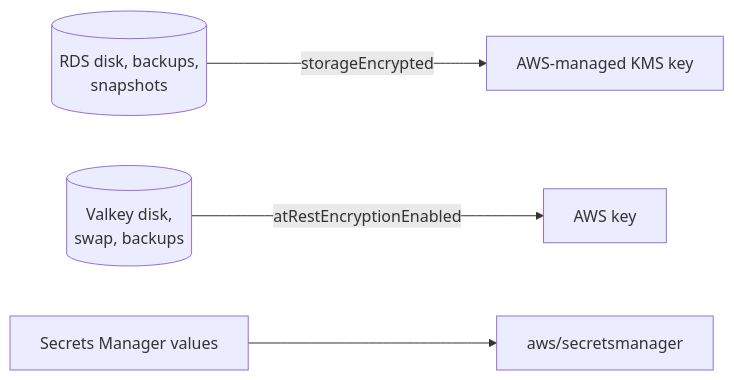
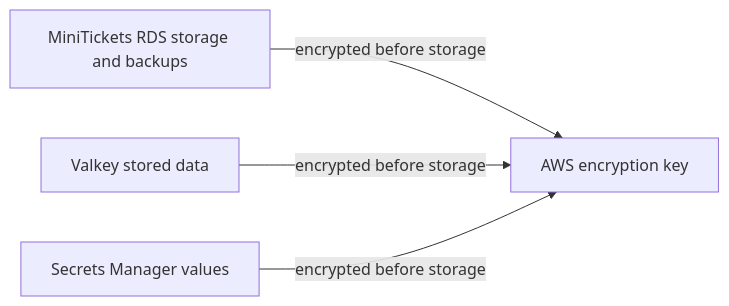
One commit to maheshnd/minitickets changed the diagram in docs/handbook/concepts/encryption-at-rest.md. Above: the diagram before and after it, drawn with Mermaid. The commit also changed other lines of this file and 119 other files, not shown here.

````diff
--- a/docs/handbook/concepts/encryption-at-rest.md
+++ b/docs/handbook/concepts/encryption-at-rest.md
@@ -19,6 +18,6 @@
 ```mermaid
 flowchart LR
-    rds[("RDS disk, backups,<br/>snapshots")] -->|"storageEncrypted"| k1["AWS-managed KMS key"]
-    vk[("Valkey disk,<br/>swap, backups")] -->|"atRestEncryptionEnabled"| k2["AWS key"]
-    sm["Secrets Manager values"] --> k3["aws/secretsmanager"]
+    pg["MiniTickets RDS storage and backups"] -->|"encrypted before storage"| key["AWS encryption key"]
+    cache["Valkey stored data"] -->|"encrypted before storage"| key
+    safe["Secrets Manager values"] -->|"encrypted before storage"| key
 ```
````
